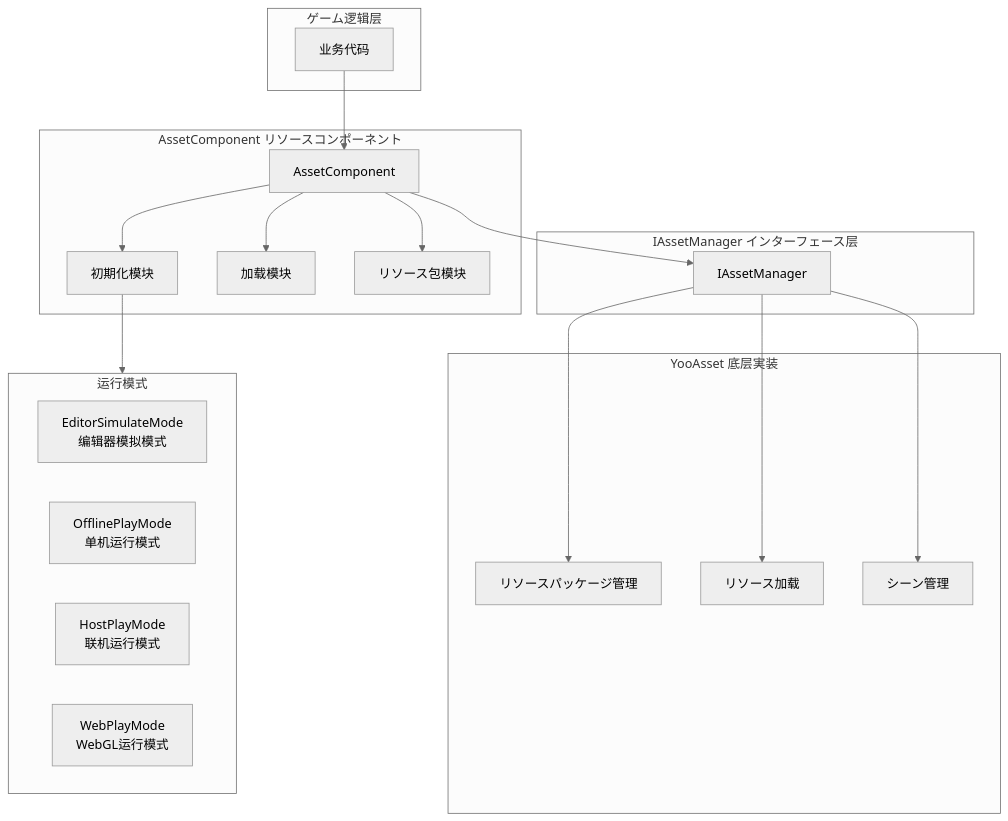
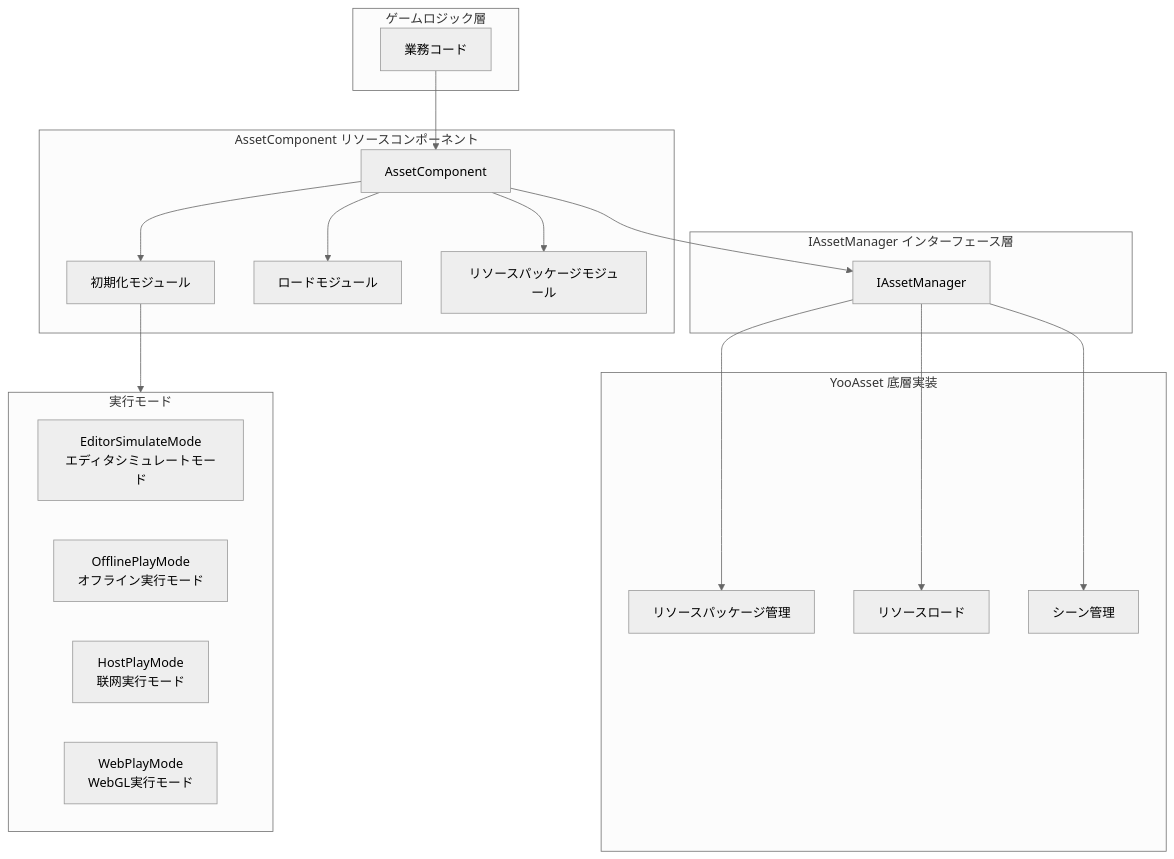
One commit to AlianBlank/GameFrameX.Docs changed the first of 4 diagrams in docs/ja/client/unity/component/asset/09.asset-component.md. Above: the diagram before and after it, drawn with Mermaid (neutral theme). The commit also changed other lines of this file and 320 other files, not shown here.

````diff
--- a/docs/ja/client/unity/component/asset/09.asset-component.md
+++ b/docs/ja/client/unity/component/asset/09.asset-component.md
@@ -17,42 +17,42 @@
 ```mermaid
 flowchart TD
-    subgraph GameLogic["ゲーム逻辑层"]
-        Client[业务代码]
+    subgraph GameLogic["ゲームロジック層"]
+        Client[業務コード]
     end
 
     subgraph AssetComponent["AssetComponent リソースコンポーネント"]
         AC[AssetComponent]
-        Init[初期化模块]
-        Load[加载模块]
-        Package[リソース包模块]
+        Init[初期化モジュール]
+        Load[ロードモジュール]
+        Package[リソースパッケージモジュール]
     end
 
-    subgraph AssetManager["IAssetManager インターフェース层"]
+    subgraph AssetManager["IAssetManager インターフェース層"]
         IAM[IAssetManager]
     end
 
-    subgraph YooAsset["YooAsset 底层実装"]
+    subgraph YooAsset["YooAsset 底層実装"]
         YP[リソースパッケージ管理]
-        YL[リソース加载]
+        YL[リソースロード]
         YS[シーン管理]
     end
 
-    subgraph PlayModes["运行模式"]
-        EM[EditorSimulateMode<br/>编辑器模拟模式]
-        OM[OfflinePlayMode<br/>单机运行模式]
-        HM[HostPlayMode<br/>联机运行模式]
-        WM[WebPlayMode<br/>WebGL运行模式]
+    subgraph PlayModes["実行モード"]
+        EM[EditorSimulateMode<br/>エディタシミュレートモード]
+        OM[OfflinePlayMode<br/>オフライン実行モード]
+        HM[HostPlayMode<br/>联网実行モード]
+        WM[WebPlayMode<br/>WebGL実行モード]
     end
 
     Client --> AC
     AC --> IAM
     IAM --> YP
     IAM --> YL
     IAM --> YS
     
     AC --> Init
     AC --> Load
     AC --> Package
     
     Init --> PlayModes
 ```
````
